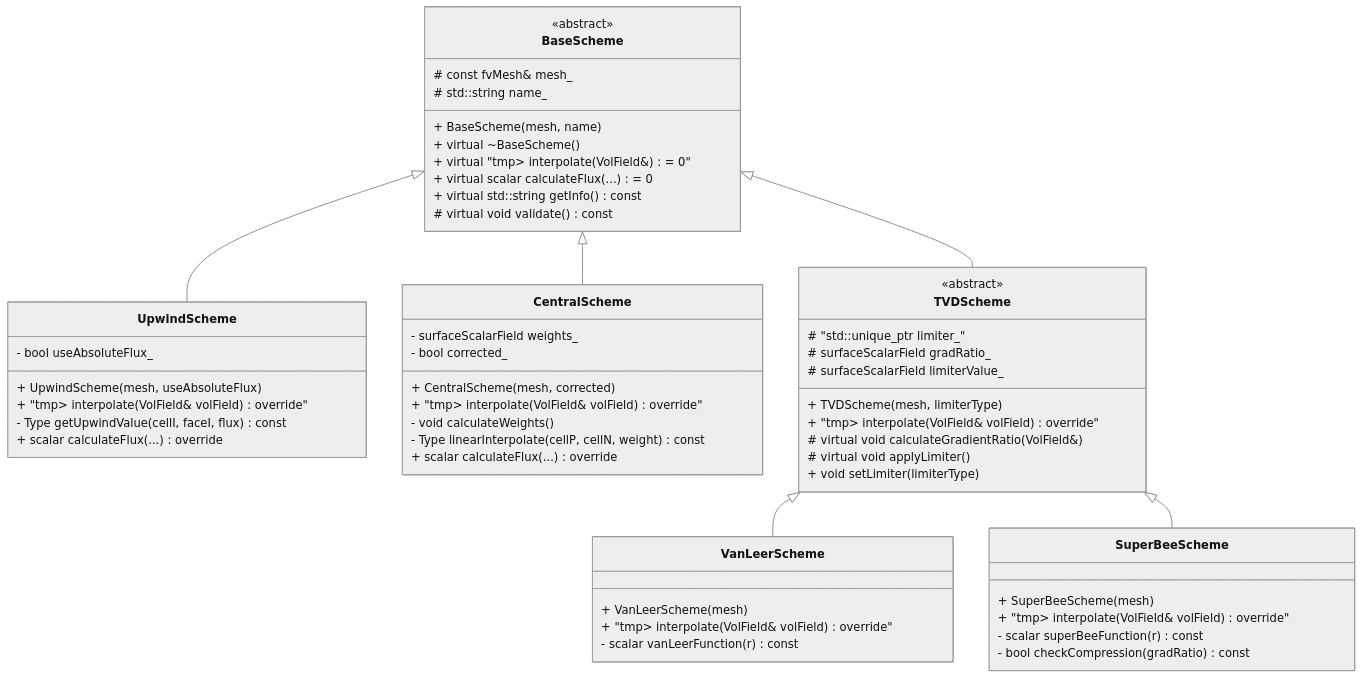
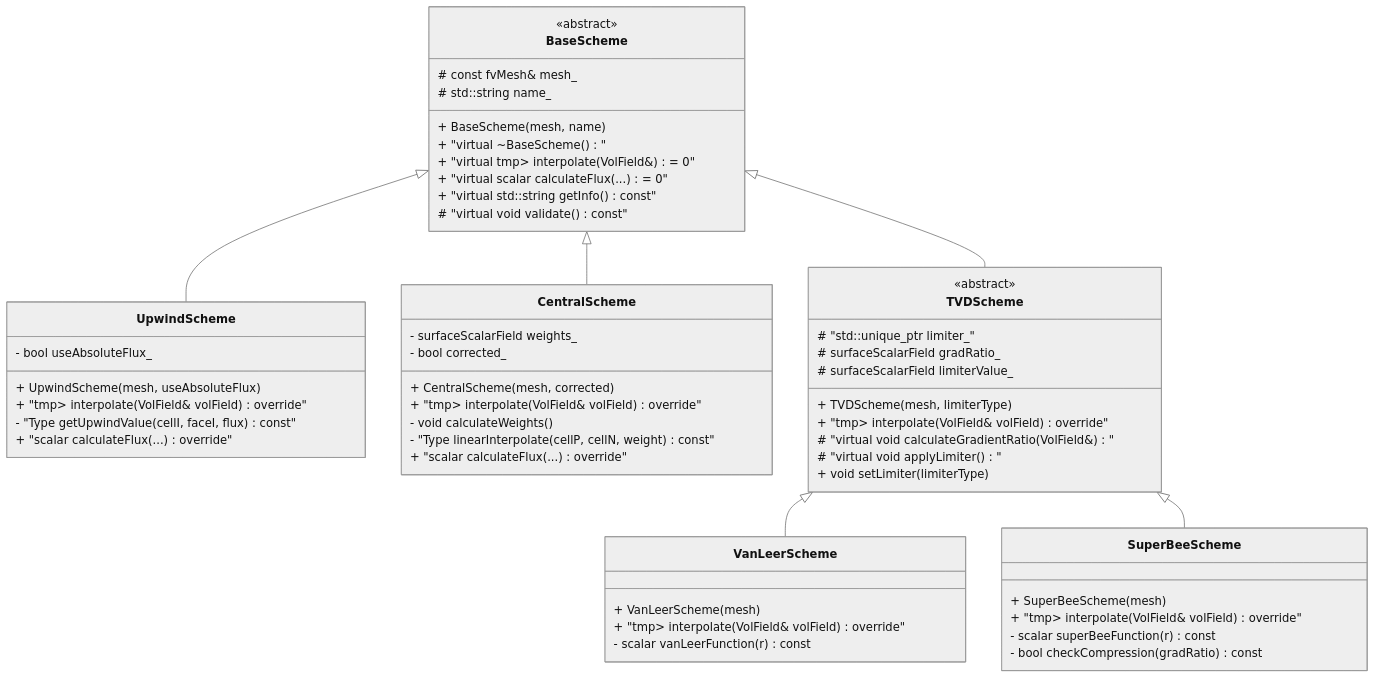
Before and after one commit to wramet/build-my-cfd: the second of 2 diagrams in daily_learning/2026-01-03.md, drawn with Mermaid (neutral theme). The commit also changed other lines of this file and 11 other files, not shown here.

````diff
--- a/daily_learning/2026-01-03.md
+++ b/daily_learning/2026-01-03.md
@@ -974,65 +974,65 @@
 ```mermaid
 classDiagram
     direction TB
     
     class BaseScheme {
         <<abstract>>
         # const fvMesh& mesh_
         # std::string name_
         + BaseScheme(mesh, name)
-        + virtual ~BaseScheme()
-        + virtual "tmp<SurfaceField<Type>> interpolate(VolField<Type>&) = 0"
-        + virtual scalar calculateFlux(...) = 0
-        + virtual std::string getInfo() const
-        # virtual void validate() const
+        + "virtual ~BaseScheme()"
+        + "virtual tmp<SurfaceField<Type>> interpolate(VolField<Type>&) = 0"
+        + "virtual scalar calculateFlux(...) = 0"
+        + "virtual std::string getInfo() const"
+        # "virtual void validate() const"
     }
     
     class UpwindScheme {
         - bool useAbsoluteFlux_
         + UpwindScheme(mesh, useAbsoluteFlux)
         + "tmp<SurfaceField<Type>> interpolate(VolField<Type>& volField) override"
-        - Type getUpwindValue(cellI, faceI, flux) const
-        + scalar calculateFlux(...) override
+        - "Type getUpwindValue(cellI, faceI, flux) const"
+        + "scalar calculateFlux(...) override"
     }
     
     class CentralScheme {
         - surfaceScalarField weights_
         - bool corrected_
         + CentralScheme(mesh, corrected)
         + "tmp<SurfaceField<Type>> interpolate(VolField<Type>& volField) override"
         - void calculateWeights()
-        - Type linearInterpolate(cellP, cellN, weight) const
-        + scalar calculateFlux(...) override
+        - "Type linearInterpolate(cellP, cellN, weight) const"
+        + "scalar calculateFlux(...) override"
     }
     
     class TVDScheme {
         <<abstract>>
         # "std::unique_ptr<TVDLimiter> limiter_"
         # surfaceScalarField gradRatio_
         # surfaceScalarField limiterValue_
         + TVDScheme(mesh, limiterType)
         + "tmp<SurfaceField<Type>> interpolate(VolField<Type>& volField) override"
-        # virtual void calculateGradientRatio(VolField<Type>&)
-        # virtual void applyLimiter()
+        # "virtual void calculateGradientRatio(VolField<Type>&)"
+        # "virtual void applyLimiter()"
         + void setLimiter(limiterType)
     }
     
     class VanLeerScheme {
         + VanLeerScheme(mesh)
         + "tmp<SurfaceField<Type>> interpolate(VolField<Type>& volField) override"
         - scalar vanLeerFunction(r) const
     }
     
     class SuperBeeScheme {
         + SuperBeeScheme(mesh)
         + "tmp<SurfaceField<Type>> interpolate(VolField<Type>& volField) override"
         - scalar superBeeFunction(r) const
         - bool checkCompression(gradRatio) const
     }
     
     BaseScheme <|-- UpwindScheme
     BaseScheme <|-- CentralScheme
     BaseScheme <|-- TVDScheme
     TVDScheme <|-- VanLeerScheme
     TVDScheme <|-- SuperBeeScheme
 ```
````
